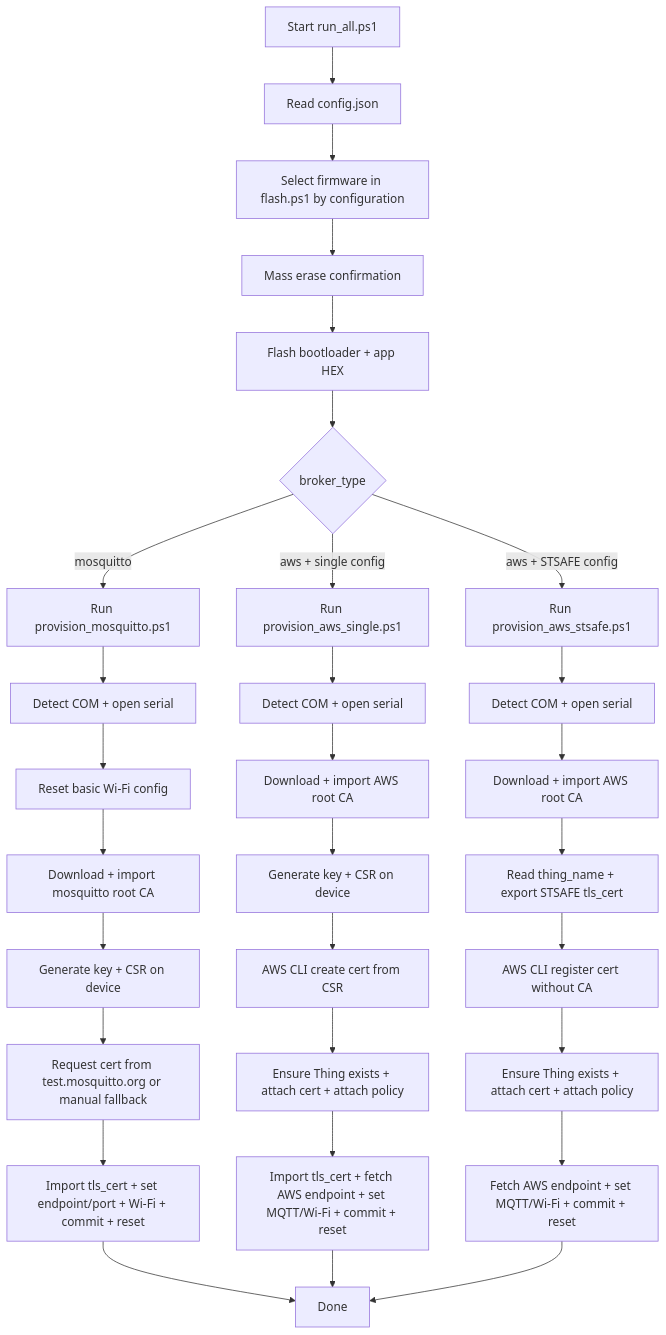
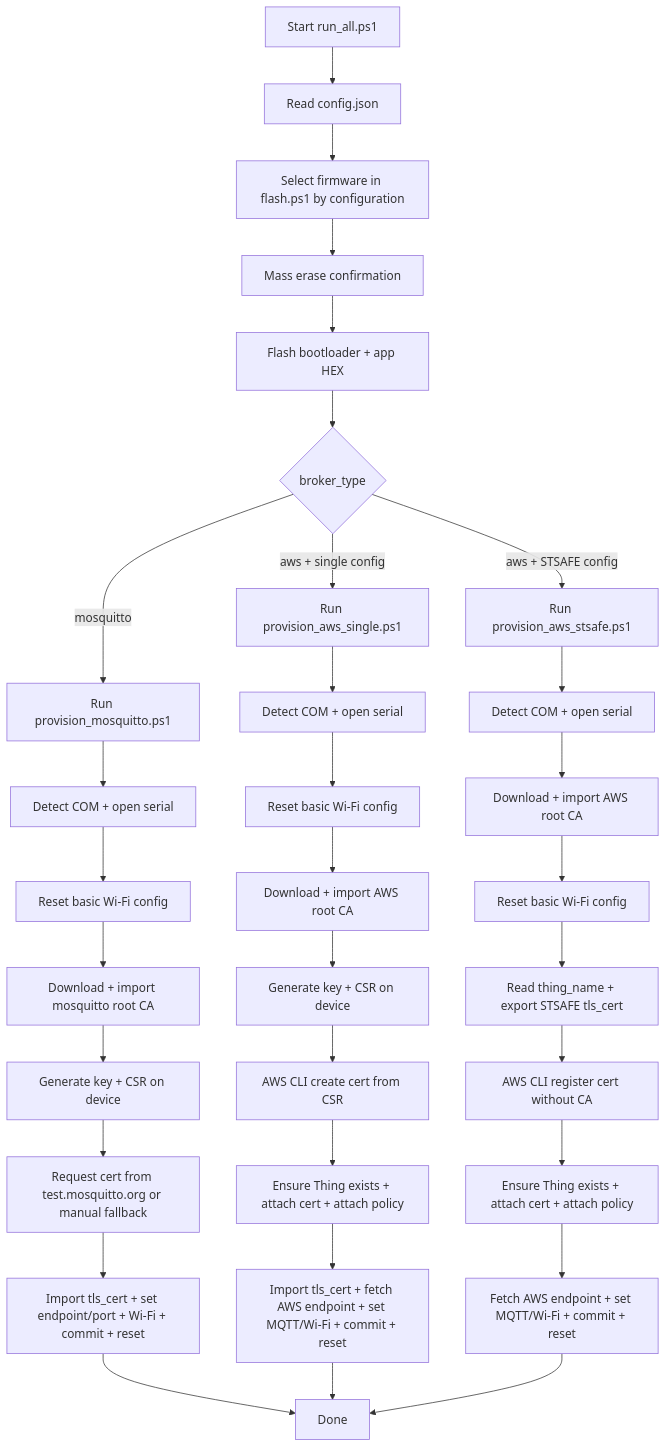
Before and after one commit to SlimJallouli/b_u585_iota02_iot_reference: the diagram in bin/readme.md, drawn with Mermaid.

Commit message:
pdate flow chart

````diff
--- a/bin/readme.md
+++ b/bin/readme.md
@@ -42,36 +42,38 @@
 ```mermaid
 flowchart TD
     A[Start run_all.ps1] --> B[Read config.json]
     B --> C[Select firmware in flash.ps1 by configuration]
     C --> D[Mass erase confirmation]
     D --> E[Flash bootloader + app HEX]
     E --> F{broker_type}
 
     F -->|mosquitto| G[Run provision_mosquitto.ps1]
     G --> G1[Detect COM + open serial]
     G1 --> G2[Reset basic Wi-Fi config]
     G2 --> G3[Download + import mosquitto root CA]
     G3 --> G4[Generate key + CSR on device]
     G4 --> G5[Request cert from test.mosquitto.org or manual fallback]
     G5 --> G6[Import tls_cert + set endpoint/port + Wi-Fi + commit + reset]
 
     F -->|aws + single config| H[Run provision_aws_single.ps1]
     H --> H1[Detect COM + open serial]
-    H1 --> H2[Download + import AWS root CA]
-    H2 --> H3[Generate key + CSR on device]
-    H3 --> H4[AWS CLI create cert from CSR]
-    H4 --> H5[Ensure Thing exists + attach cert + attach policy]
-    H5 --> H6[Import tls_cert + fetch AWS endpoint + set MQTT/Wi-Fi + commit + reset]
+    H1 --> H2[Reset basic Wi-Fi config]
+    H2 --> H3[Download + import AWS root CA]
+    H3 --> H4[Generate key + CSR on device]
+    H4 --> H5[AWS CLI create cert from CSR]
+    H5 --> H6[Ensure Thing exists + attach cert + attach policy]
+    H6 --> H7[Import tls_cert + fetch AWS endpoint + set MQTT/Wi-Fi + commit + reset]
 
     F -->|aws + STSAFE config| I[Run provision_aws_stsafe.ps1]
     I --> I1[Detect COM + open serial]
     I1 --> I2[Download + import AWS root CA]
-    I2 --> I3[Read thing_name + export STSAFE tls_cert]
-    I3 --> I4[AWS CLI register cert without CA]
-    I4 --> I5[Ensure Thing exists + attach cert + attach policy]
-    I5 --> I6[Fetch AWS endpoint + set MQTT/Wi-Fi + commit + reset]
+    I2 --> I3[Reset basic Wi-Fi config]  
+    I3 --> I4[Read thing_name + export STSAFE tls_cert]
+    I4 --> I5[AWS CLI register cert without CA]
+    I5 --> I6[Ensure Thing exists + attach cert + attach policy]
+    I6 --> I7[Fetch AWS endpoint + set MQTT/Wi-Fi + commit + reset]
 
     G6 --> Z[Done]
-    H6 --> Z
-    I6 --> Z
+    H7 --> Z
+    I7 --> Z
 ```
````
